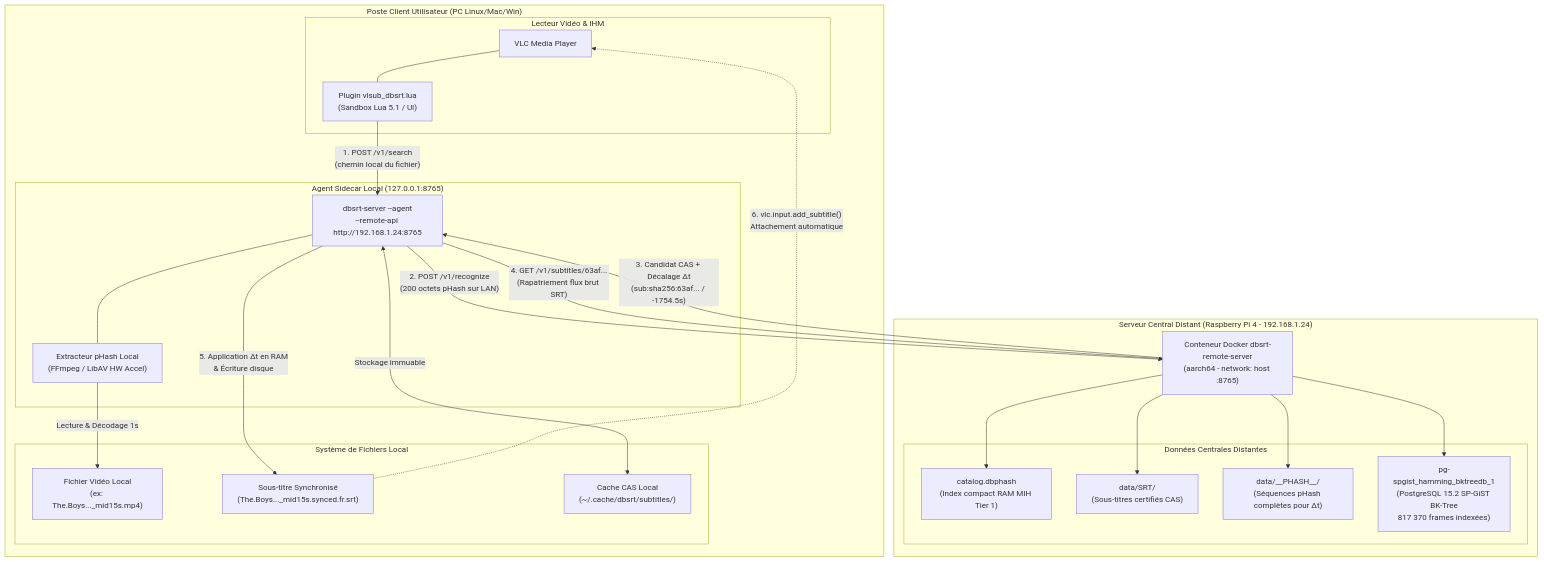
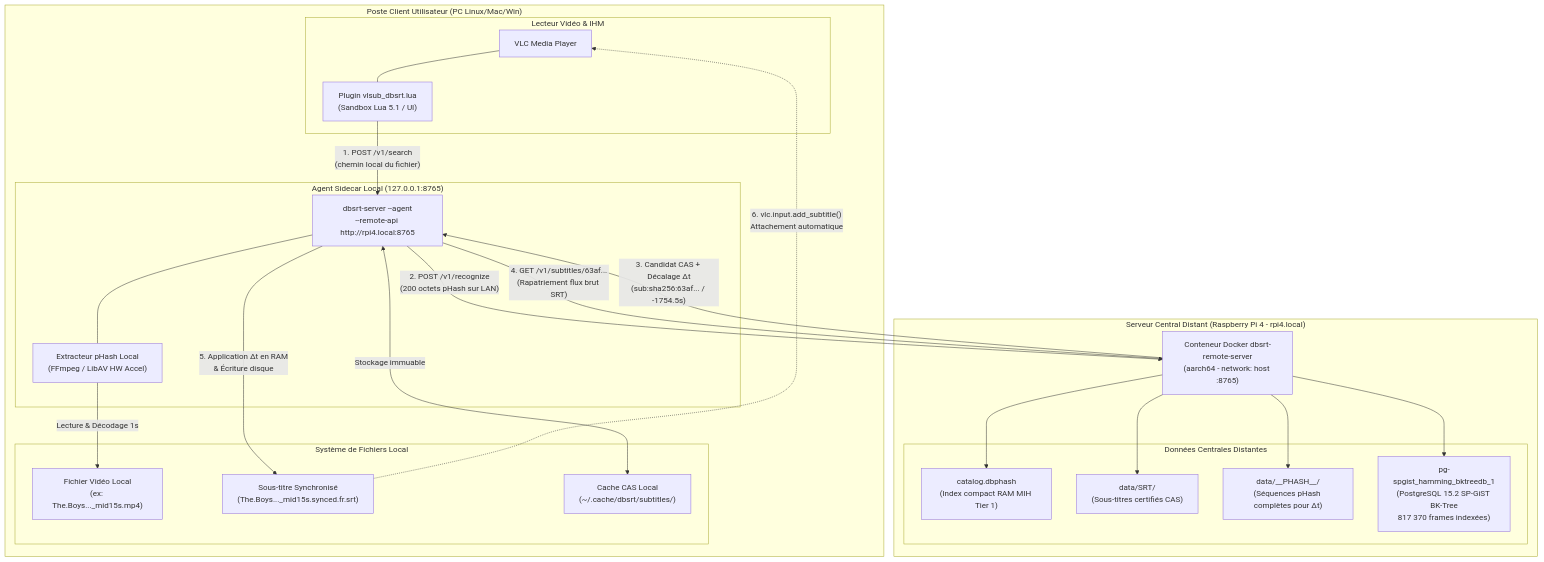
The second of 2 diagrams in docs/2026-10-20-plan-deploiement-et-integration-remote-rpi4.md (yoyonel/pydbsrt), drawn with Mermaid before and after one commit. The commit also changed other lines of this file and 25 other files, not shown here.

````diff
--- a/docs/2026-10-20-plan-deploiement-et-integration-remote-rpi4.md
+++ b/docs/2026-10-20-plan-deploiement-et-integration-remote-rpi4.md
@@ -276,48 +276,48 @@
 ```mermaid
 flowchart TD
     subgraph Client_PC ["Poste Client Utilisateur (PC Linux/Mac/Win)"]
         subgraph VLC_Layer ["Lecteur Vidéo & IHM"]
             VLC["VLC Media Player"]
             LUA["Plugin vlsub_dbsrt.lua\n(Sandbox Lua 5.1 / UI)"]
             VLC --- LUA
         end
 
         subgraph Local_Storage ["Système de Fichiers Local"]
             VIDEO["Fichier Vidéo Local\n(ex: The.Boys..._mid15s.mp4)"]
             OUT_SRT["Sous-titre Synchronisé\n(The.Boys..._mid15s.synced.fr.srt)"]
             CACHE["Cache CAS Local\n(~/.cache/dbsrt/subtitles/)"]
         end
 
         subgraph Sidecar_Daemon ["Agent Sidecar Local (127.0.0.1:8765)"]
-            AGENT["dbsrt-server --agent\n--remote-api http://192.168.1.24:8765"]
+            AGENT["dbsrt-server --agent\n--remote-api http://rpi4.local:8765"]
             FFMPEG["Extracteur pHash Local\n(FFmpeg / LibAV HW Accel)"]
             AGENT --- FFMPEG
         end
 
         LUA -->|"1. POST /v1/search\n(chemin local du fichier)"| AGENT
         FFMPEG -->|"Lecture & Décodage 1s"| VIDEO
         AGENT -->|"5. Application Δt en RAM\n& Écriture disque"| OUT_SRT
         AGENT <-->|"Stockage immuable"| CACHE
         OUT_SRT -.->|"6. vlc.input.add_subtitle()\nAttachement automatique"| VLC
     end
 
-    subgraph Remote_RPi4 ["Serveur Central Distant (Raspberry Pi 4 - 192.168.1.24)"]
+    subgraph Remote_RPi4 ["Serveur Central Distant (Raspberry Pi 4 - rpi4.local)"]
         CONTAINER["Conteneur Docker dbsrt-remote-server\n(aarch64 - network: host :8765)"]
 
         subgraph Storage_RPi4 ["Données Centrales Distantes"]
             DBPHASH["catalog.dbphash\n(Index compact RAM MIH Tier 1)"]
             SRT_STORE["data/SRT/\n(Sous-titres certifiés CAS)"]
             PHASH_STORE["data/__PHASH__/\n(Séquences pHash complètes pour Δt)"]
             PG["pg-spgist_hamming_bktreedb_1\n(PostgreSQL 15.2 SP-GiST BK-Tree\n817 370 frames indexées)"]
         end
 
         CONTAINER --> DBPHASH
         CONTAINER --> SRT_STORE
         CONTAINER --> PHASH_STORE
         CONTAINER --> PG
     end
 
     AGENT -->|"2. POST /v1/recognize\n(200 octets pHash sur LAN)"| CONTAINER
     CONTAINER -->|"3. Candidat CAS + Décalage Δt\n(sub:sha256:63af... / -1754.5s)"| AGENT
     AGENT -->|"4. GET /v1/subtitles/63af...\n(Rapatriement flux brut SRT)"| CONTAINER
 ```
````
